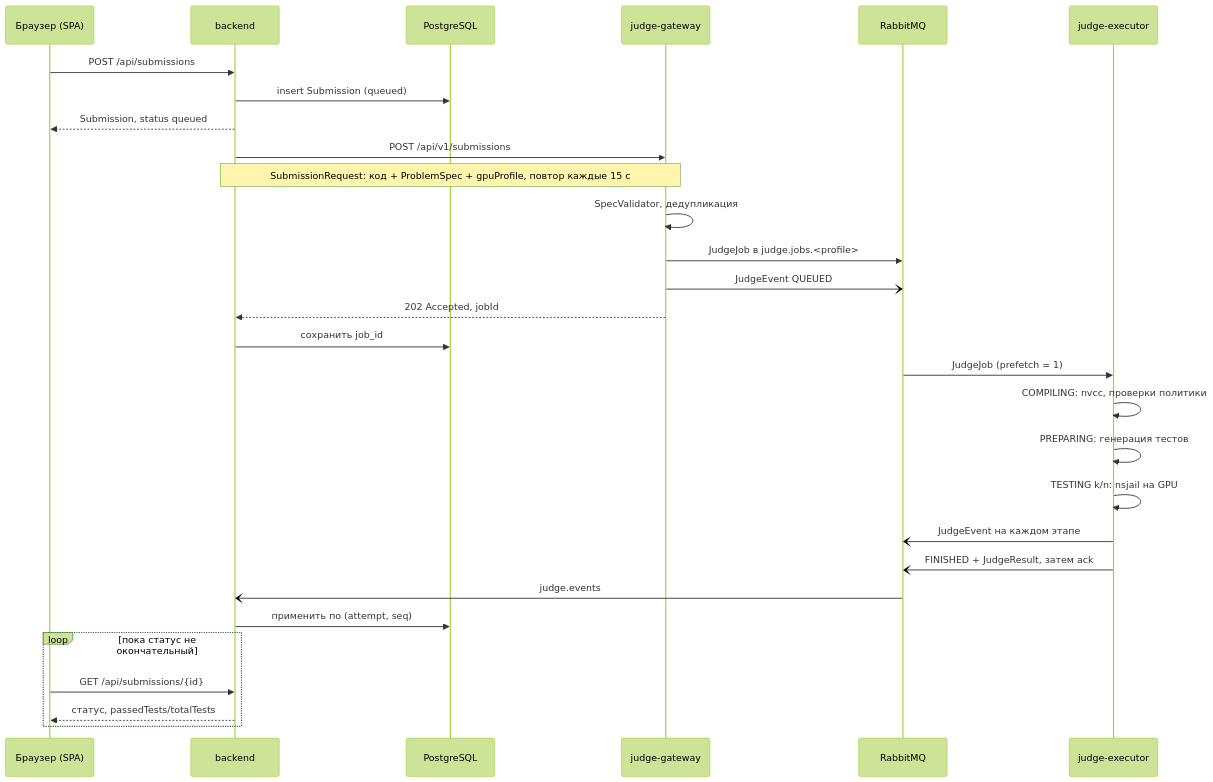
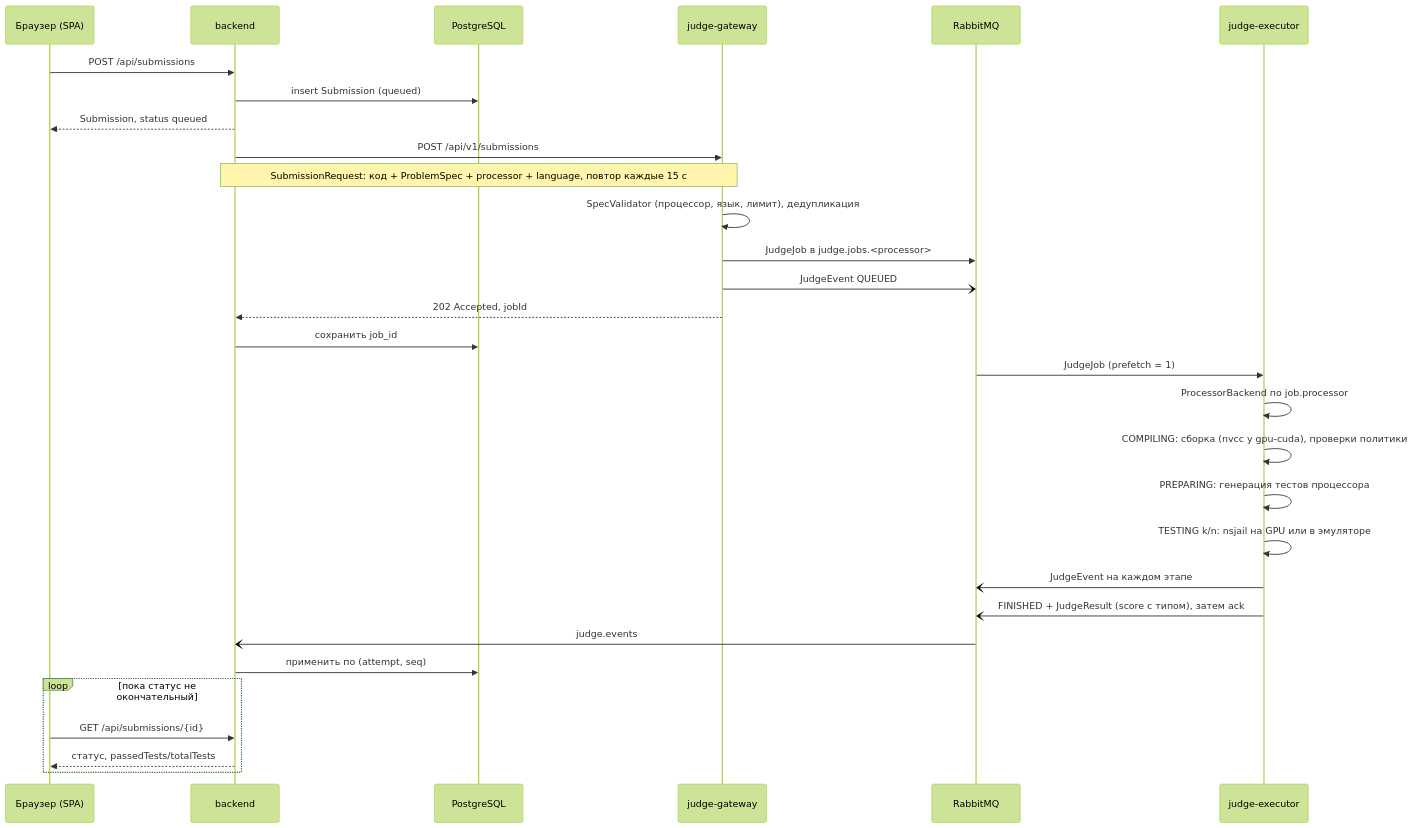
Before and after one commit to lottery7/GpuCodeforces: the second of 6 diagrams in docs/architecture.md, drawn with Mermaid (forest theme). The commit also changed other lines of this file and 219 other files, not shown here.

````diff
--- a/docs/architecture.md
+++ b/docs/architecture.md
@@ -44,31 +50,32 @@
 ```mermaid
 sequenceDiagram
   participant U as Браузер (SPA)
   participant B as backend
   participant DB as PostgreSQL
   participant G as judge-gateway
   participant MQ as RabbitMQ
   participant E as judge-executor
   U->>B: POST /api/submissions
   B->>DB: insert Submission (queued)
   B-->>U: Submission, status queued
   B->>G: POST /api/v1/submissions
-  Note over B,G: SubmissionRequest: код + ProblemSpec + gpuProfile, повтор каждые 15 с
-  G->>G: SpecValidator, дедупликация
-  G->>MQ: JudgeJob в judge.jobs.#lt;profile#gt;
+  Note over B,G: SubmissionRequest: код + ProblemSpec + processor + language, повтор каждые 15 с
+  G->>G: SpecValidator (процессор, язык, лимит), дедупликация
+  G->>MQ: JudgeJob в judge.jobs.#lt;processor#gt;
   G-)MQ: JudgeEvent QUEUED
   G-->>B: 202 Accepted, jobId
   B->>DB: сохранить job_id
   MQ->>E: JudgeJob (prefetch = 1)
-  E->>E: COMPILING: nvcc, проверки политики
-  E->>E: PREPARING: генерация тестов
-  E->>E: TESTING k/n: nsjail на GPU
+  E->>E: ProcessorBackend по job.processor
+  E->>E: COMPILING: сборка (nvcc у gpu-cuda), проверки политики
+  E->>E: PREPARING: генерация тестов процессора
+  E->>E: TESTING k/n: nsjail на GPU или в эмуляторе
   E-)MQ: JudgeEvent на каждом этапе
-  E-)MQ: FINISHED + JudgeResult, затем ack
+  E-)MQ: FINISHED + JudgeResult (score с типом), затем ack
   MQ-)B: judge.events
   B->>DB: применить по (attempt, seq)
   loop пока статус не окончательный
     U->>B: GET /api/submissions/{id}
     B-->>U: статус, passedTests/totalTests
   end
 ```
````
